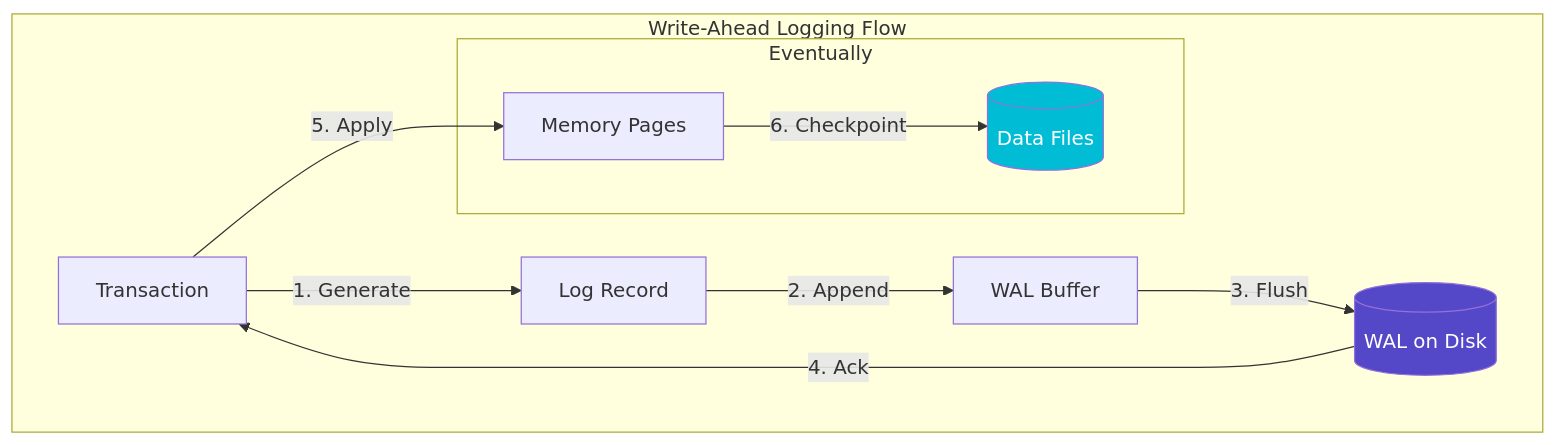
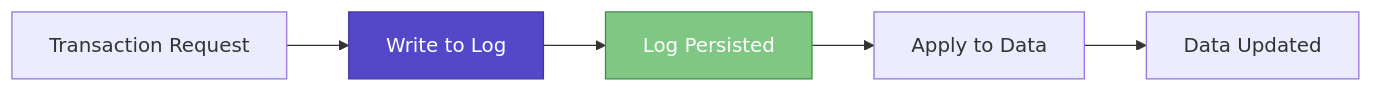
Before and after one commit to deepaucksharma/DStudio: the first of 6 diagrams in docs/pattern-library/data-management/write-ahead-log.md, drawn with Mermaid. The commit also changed other lines of this file and 23 other files, not shown here.

````diff
--- a/docs/pattern-library/data-management/write-ahead-log.md
+++ b/docs/pattern-library/data-management/write-ahead-log.md
@@ -74,17 +83,10 @@
 ```mermaid
-graph TB
- subgraph "Write-Ahead Logging Flow"
- T[Transaction] -->|1. Generate| LR[Log Record]
- LR -->|2. Append| WAL[WAL Buffer]
- WAL -->|3. Flush| Disk[(WAL on Disk)]
- Disk -->|4. Ack| T
- T -->|5. Apply| Mem[Memory Pages]
- 
- subgraph "Eventually"
- Mem -->|6. Checkpoint| DataDisk[(Data Files)]
- end
- end
- 
- style Disk fill:#5448C8,color:#fff
- style DataDisk fill:#00BCD4,color:#fff
+graph LR
+    A[Transaction Request] --> B[Write to Log]
+    B --> C[Log Persisted]
+    C --> D[Apply to Data]
+    D --> E[Data Updated]
+    
+    style B fill:#5448C8,stroke:#3f33a6,color:#fff
+    style C fill:#81c784,stroke:#388e3c,color:#fff
 ```
````
